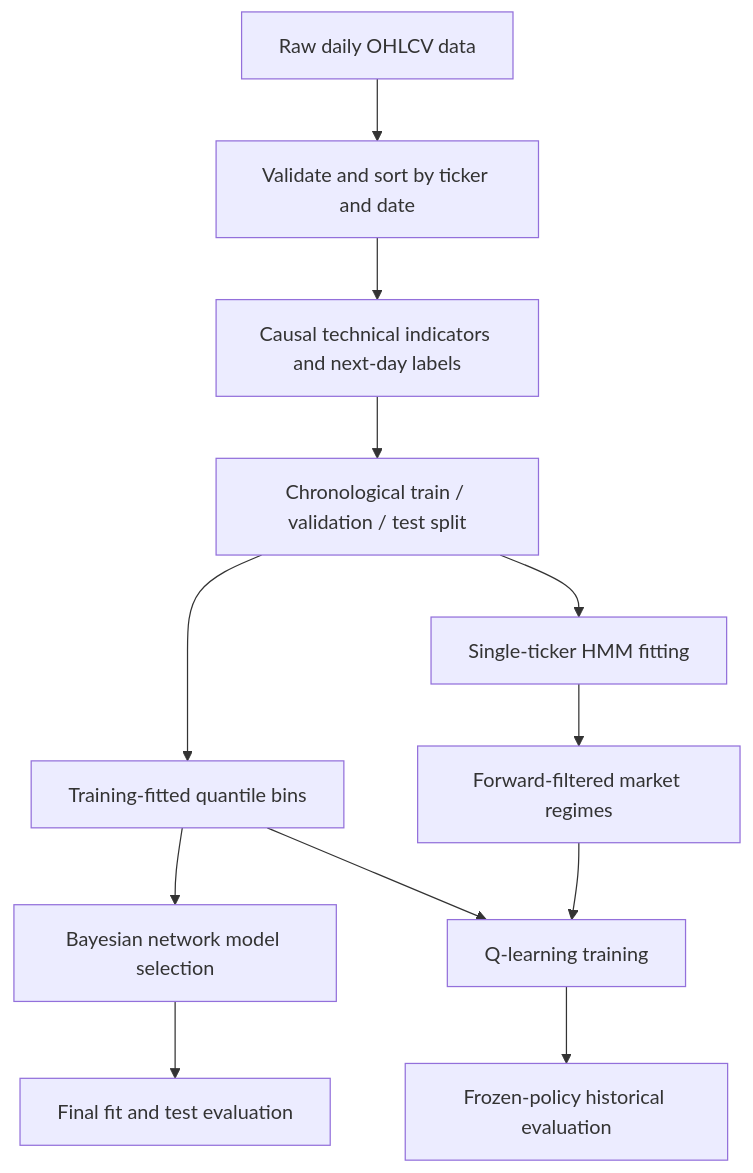
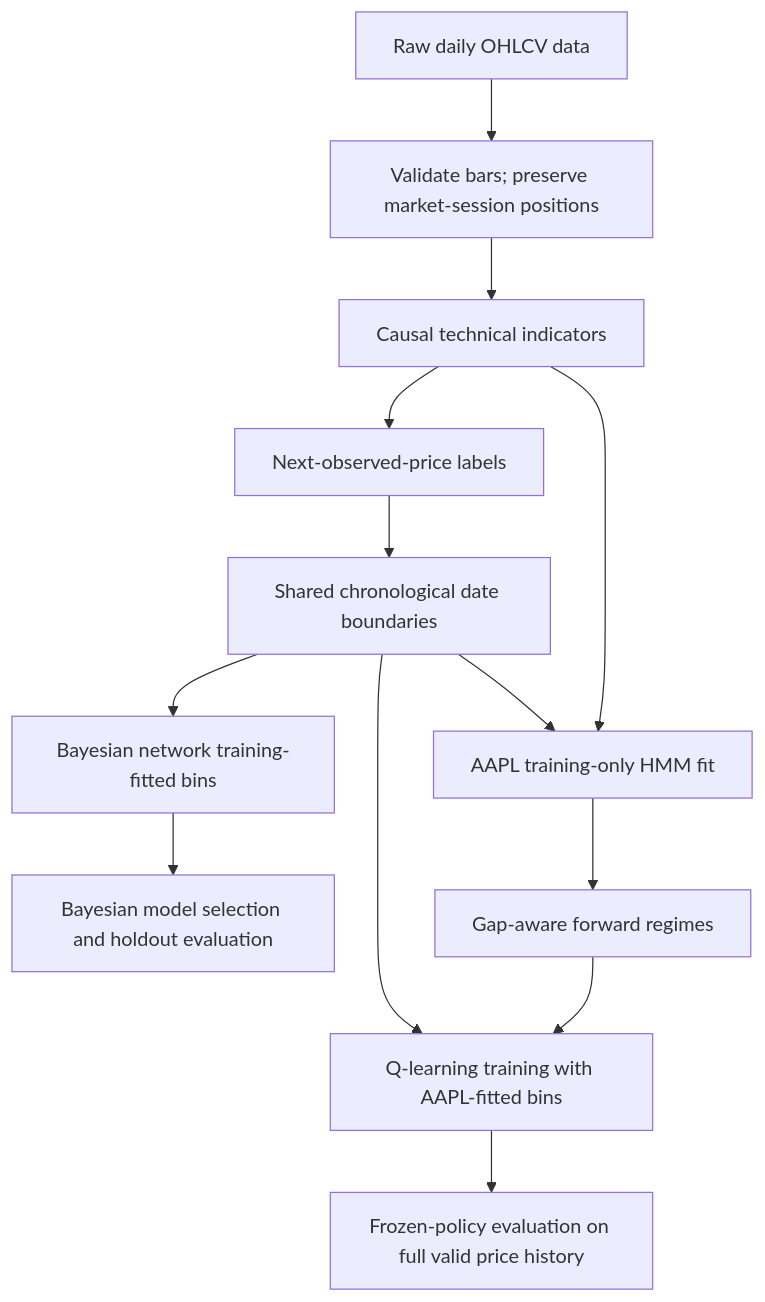
The diagram in README.md (ryanrowe2/StockTradingAI-Project), drawn with Mermaid before and after one commit. The commit also changed other lines of this file and 10 other files, not shown here.

Commit message:
Preserve market-session gaps and correct published trading experiments

````diff
--- a/README.md
+++ b/README.md
@@ -22,14 +22,15 @@
 ```mermaid
 flowchart TD
-    A["Raw daily OHLCV data"] --> B["Validate and sort by ticker and date"]
-    B --> C["Causal technical indicators and next-day labels"]
-    C --> D["Chronological train / validation / test split"]
-    D --> E["Training-fitted quantile bins"]
-    E --> F["Bayesian network model selection"]
-    F --> G["Final fit and test evaluation"]
-    D --> H["Single-ticker HMM fitting"]
-    H --> I["Forward-filtered market regimes"]
-    E --> J["Q-learning training"]
-    I --> J
-    J --> K["Frozen-policy historical evaluation"]
+    A["Raw daily OHLCV data"] --> B["Validate bars; preserve market-session positions"]
+    B --> C["Causal technical indicators"]
+    C --> D["Next-observed-price labels"]
+    D --> E["Shared chronological date boundaries"]
+    E --> F["Bayesian network training-fitted bins"]
+    F --> G["Bayesian model selection and holdout evaluation"]
+    C --> H["AAPL training-only HMM fit"]
+    E --> H
+    H --> I["Gap-aware forward regimes"]
+    I --> J["Q-learning training with AAPL-fitted bins"]
+    E --> J
+    J --> K["Frozen-policy evaluation on full valid price history"]
 ```
````
